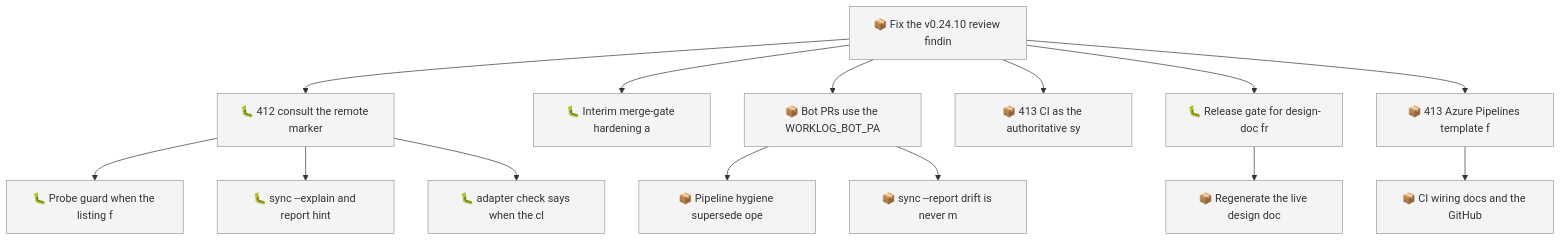
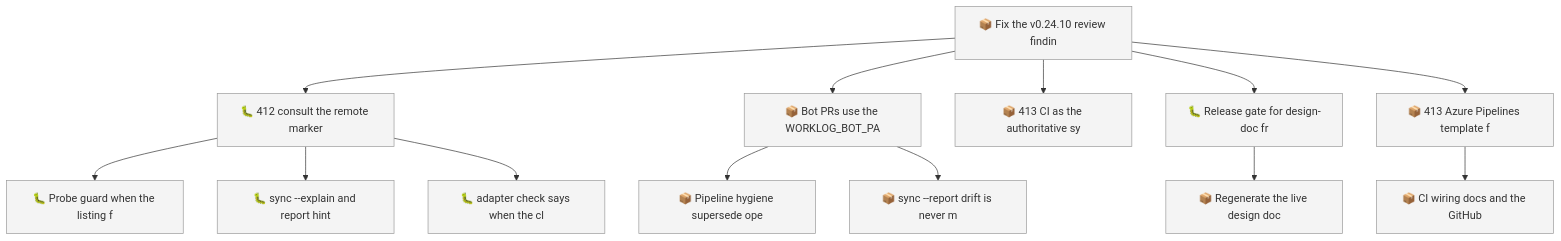
Before and after one commit to SpillwaveSolutions/wiki_ticket_sdd: the first of 2 diagrams in docs/roadmap.md, drawn with Mermaid. The commit also changed other lines of this file and 18 other files, not shown here.

First line of the commit message:
ci: read-only invariants workflow, no bypass actor, ADR-0011 (01M2XCWMVEH3XFP2VPS9JBD6XD)

````diff
--- a/docs/roadmap.md
+++ b/docs/roadmap.md
@@ -52,32 +51,30 @@
 ```mermaid
 graph TD
     01M2XCWMV0QYM4ZRBWN1V1327B["📦 Fix the v0.24.10 review findin"]
     01M2XCWMVD7KJ01FCNEV1X8237["🐛 412 consult the remote marker"]
     01M2XCWMVEH3XFP2VPS9JBD6X7["🐛 Probe guard when the listing f"]
     01M2XCWMVEH3XFP2VPS9JBD6X9["🐛 sync --explain and report hint"]
     01M2XCWMVEH3XFP2VPS9JBD6XB["🐛 adapter check says when the cl"]
-    01M2XCWMVEH3XFP2VPS9JBD6XD["🐛 Interim merge-gate hardening a"]
     01M2XCWMVEH3XFP2VPS9JBD6XF["📦 Bot PRs use the WORKLOG_BOT_PA"]
     01M2XCWMVEH3XFP2VPS9JBD6XH["📦 Pipeline hygiene supersede ope"]
     01M2XCWMVEH3XFP2VPS9JBD6XK["📦 sync --report drift is never m"]
     01M2XCWMVEH3XFP2VPS9JBD6XN["📦 413 CI as the authoritative sy"]
     01M2XCWMVEH3XFP2VPS9JBD6XQ["🐛 Release gate for design-doc fr"]
     01M2XCWMVEH3XFP2VPS9JBD6XS["📦 Regenerate the live design doc"]
     01M2XCWMVEH3XFP2VPS9JBD6XV["📦 413 Azure Pipelines template f"]
     01M2XCWMVEH3XFP2VPS9JBD6XX["📦 CI wiring docs and the GitHub"]
     01M2XCWMV0QYM4ZRBWN1V1327B --> 01M2XCWMVD7KJ01FCNEV1X8237
     01M2XCWMVD7KJ01FCNEV1X8237 --> 01M2XCWMVEH3XFP2VPS9JBD6X7
     01M2XCWMVD7KJ01FCNEV1X8237 --> 01M2XCWMVEH3XFP2VPS9JBD6X9
     01M2XCWMVD7KJ01FCNEV1X8237 --> 01M2XCWMVEH3XFP2VPS9JBD6XB
-    01M2XCWMV0QYM4ZRBWN1V1327B --> 01M2XCWMVEH3XFP2VPS9JBD6XD
     01M2XCWMV0QYM4ZRBWN1V1327B --> 01M2XCWMVEH3XFP2VPS9JBD6XF
     01M2XCWMVEH3XFP2VPS9JBD6XF --> 01M2XCWMVEH3XFP2VPS9JBD6XH
     01M2XCWMVEH3XFP2VPS9JBD6XF --> 01M2XCWMVEH3XFP2VPS9JBD6XK
     01M2XCWMV0QYM4ZRBWN1V1327B --> 01M2XCWMVEH3XFP2VPS9JBD6XN
     01M2XCWMV0QYM4ZRBWN1V1327B --> 01M2XCWMVEH3XFP2VPS9JBD6XQ
     01M2XCWMVEH3XFP2VPS9JBD6XQ --> 01M2XCWMVEH3XFP2VPS9JBD6XS
     01M2XCWMV0QYM4ZRBWN1V1327B --> 01M2XCWMVEH3XFP2VPS9JBD6XV
     01M2XCWMVEH3XFP2VPS9JBD6XV --> 01M2XCWMVEH3XFP2VPS9JBD6XX
     classDef todo fill:#f4f4f4,stroke:#999999
-    class 01M2XCWMV0QYM4ZRBWN1V1327B,01M2XCWMVD7KJ01FCNEV1X8237,01M2XCWMVEH3XFP2VPS9JBD6X7,01M2XCWMVEH3XFP2VPS9JBD6X9,01M2XCWMVEH3XFP2VPS9JBD6XB,01M2XCWMVEH3XFP2VPS9JBD6XD,01M2XCWMVEH3XFP2VPS9JBD6XF,01M2XCWMVEH3XFP2VPS9JBD6XH,01M2XCWMVEH3XFP2VPS9JBD6XK,01M2XCWMVEH3XFP2VPS9JBD6XN,01M2XCWMVEH3XFP2VPS9JBD6XQ,01M2XCWMVEH3XFP2VPS9JBD6XS,01M2XCWMVEH3XFP2VPS9JBD6XV,01M2XCWMVEH3XFP2VPS9JBD6XX todo
+    class 01M2XCWMV0QYM4ZRBWN1V1327B,01M2XCWMVD7KJ01FCNEV1X8237,01M2XCWMVEH3XFP2VPS9JBD6X7,01M2XCWMVEH3XFP2VPS9JBD6X9,01M2XCWMVEH3XFP2VPS9JBD6XB,01M2XCWMVEH3XFP2VPS9JBD6XF,01M2XCWMVEH3XFP2VPS9JBD6XH,01M2XCWMVEH3XFP2VPS9JBD6XK,01M2XCWMVEH3XFP2VPS9JBD6XN,01M2XCWMVEH3XFP2VPS9JBD6XQ,01M2XCWMVEH3XFP2VPS9JBD6XS,01M2XCWMVEH3XFP2VPS9JBD6XV,01M2XCWMVEH3XFP2VPS9JBD6XX todo
 ```
````
